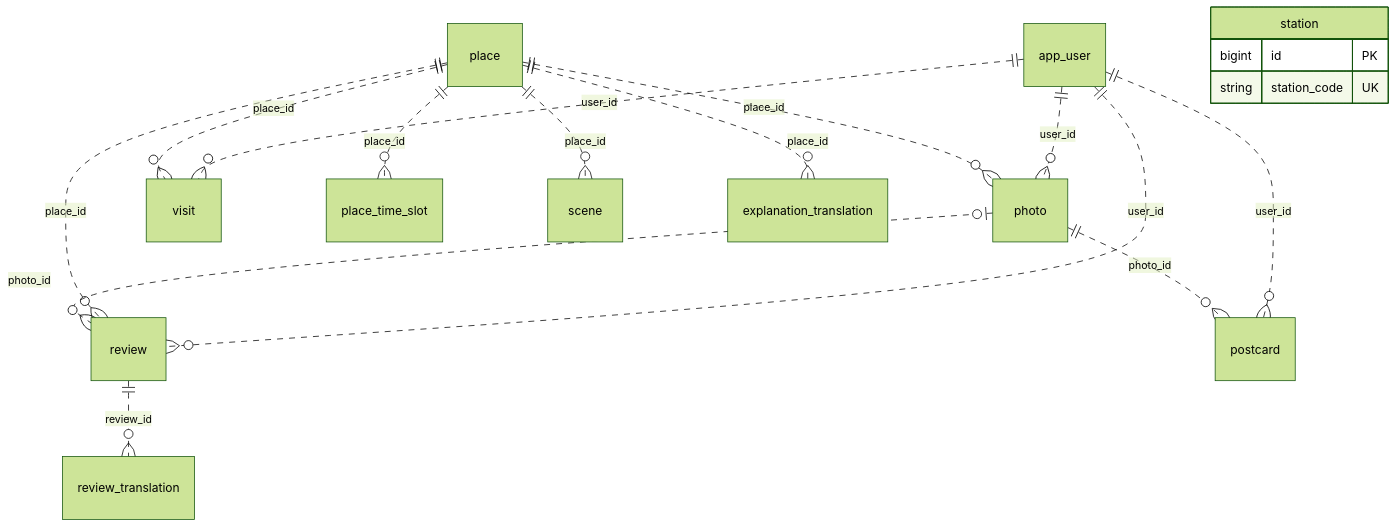
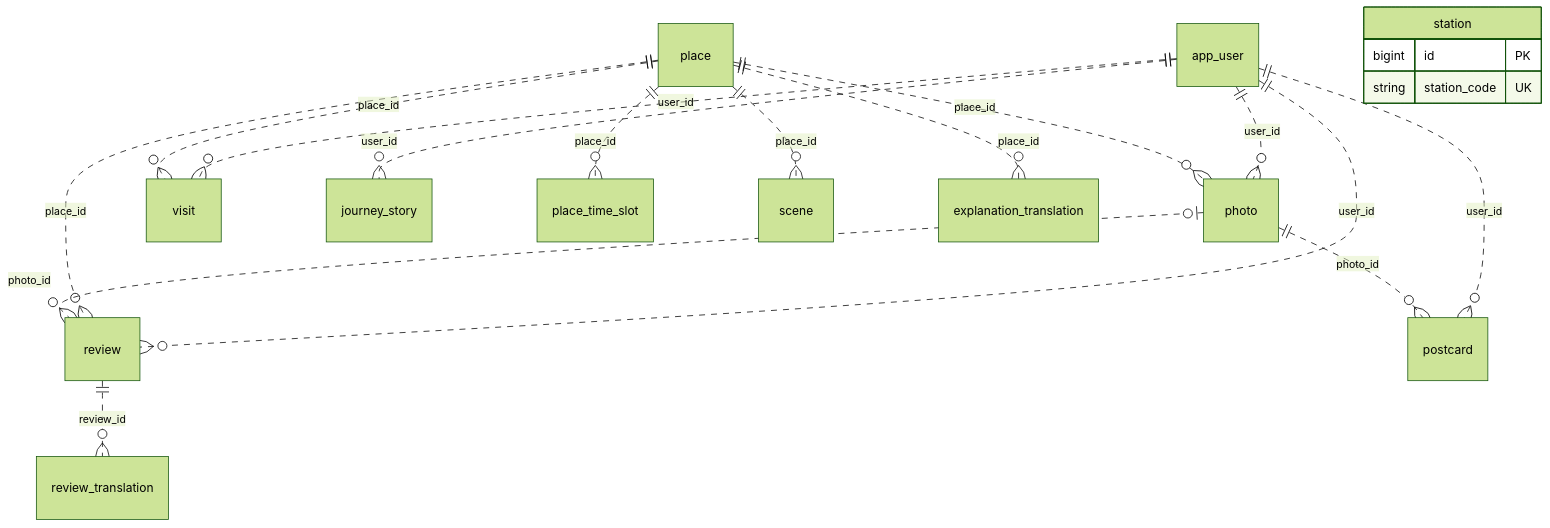
Before and after one commit to take-the-moo/take-the-moo-be: the diagram in docs/db.md, drawn with Mermaid (forest theme). The commit also changed other lines of this file and 39 other files, not shown here.

````diff
--- a/docs/db.md
+++ b/docs/db.md
@@ -27,20 +28,21 @@
 ```mermaid
 erDiagram
   app_user ||..o{ photo : "user_id"
   app_user ||..o{ visit : "user_id"
   app_user ||..o{ review : "user_id"
   app_user ||..o{ postcard : "user_id"
+  app_user ||..o{ journey_story : "user_id"
   place ||..o{ place_time_slot : "place_id"
   place ||..o{ photo : "place_id"
   place ||..o{ visit : "place_id"
   place ||..o{ review : "place_id"
   place ||..o{ scene : "place_id"
   place ||..o{ explanation_translation : "place_id"
   review ||..o{ review_translation : "review_id"
   photo |o..o{ review : "photo_id"
   photo ||..o{ postcard : "photo_id"
   station {
     bigint id PK
     string station_code UK
   }
 ```
````
